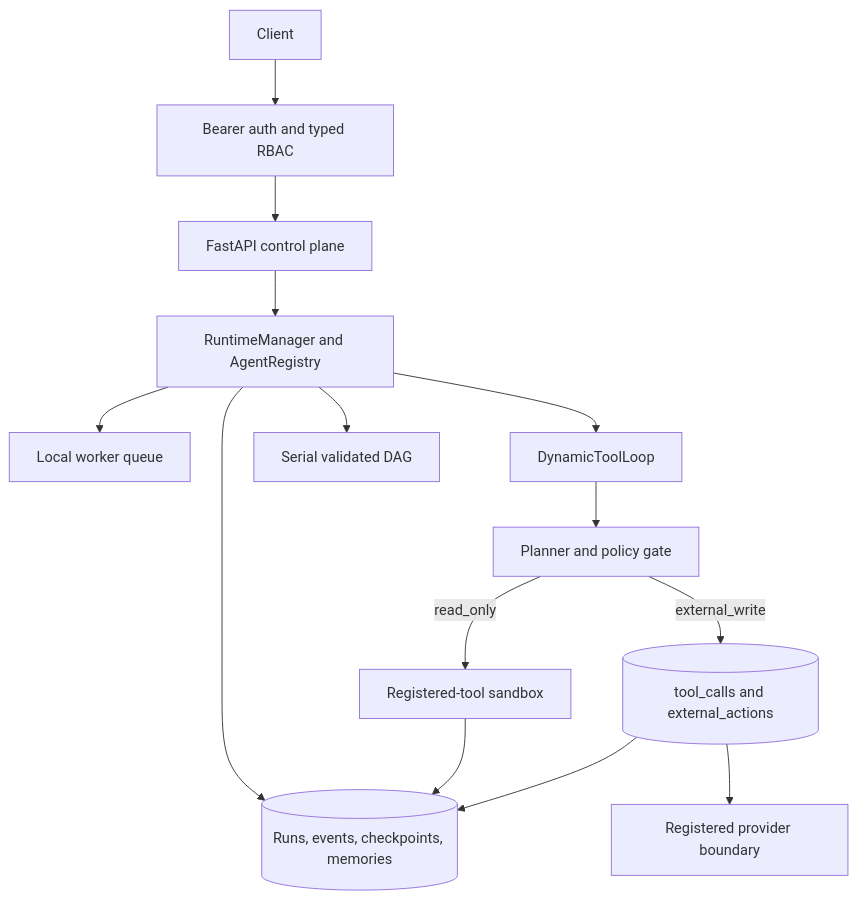
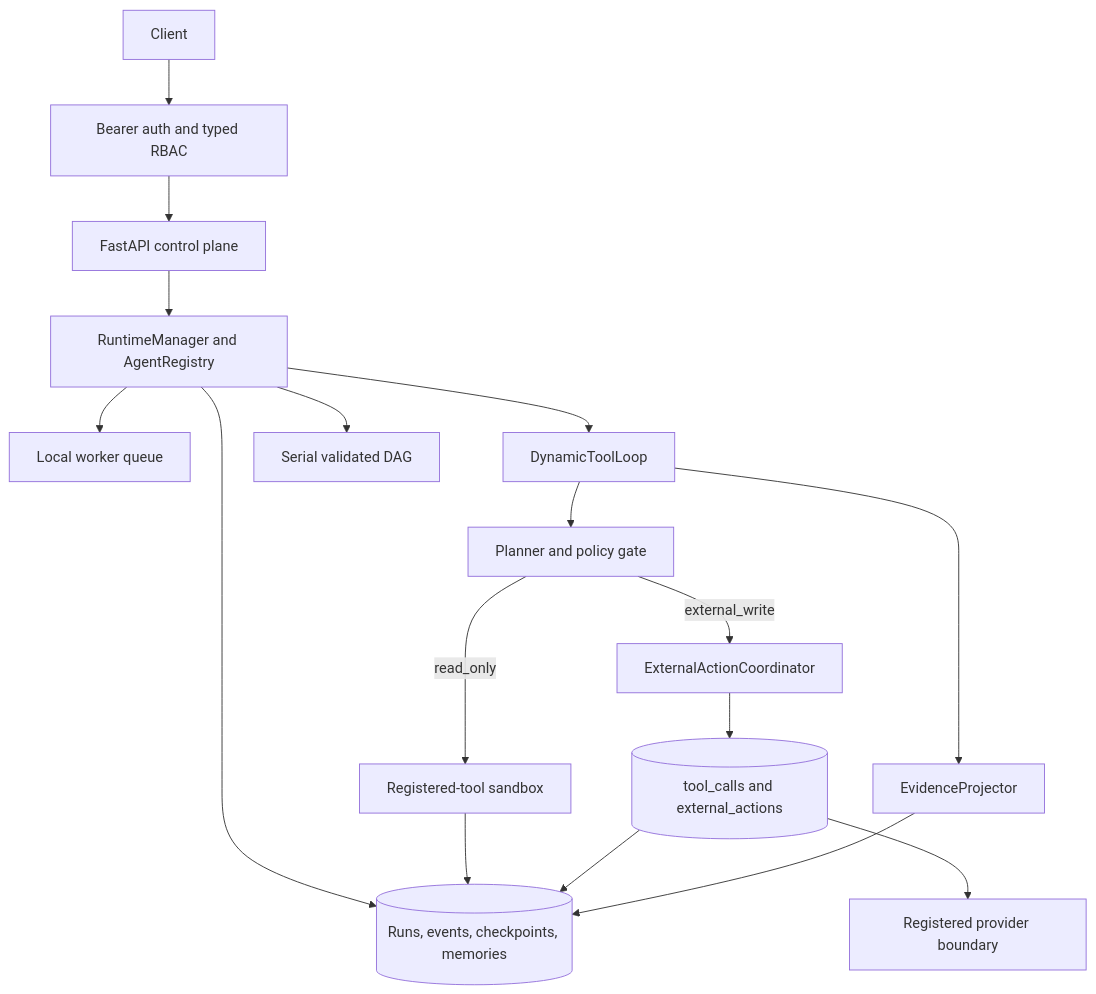
The diagram in docs/cloud-runtime.md (YingzuoLiu/agent-runtime-platform), drawn with Mermaid before and after one commit. The commit also changed other lines of this file and 10 other files, not shown here.

Commit message:
refactor: extract action coordination and evidence projection

````diff
--- a/docs/cloud-runtime.md
+++ b/docs/cloud-runtime.md
@@ -16,16 +16,19 @@
 ```mermaid
 flowchart TB
     C["Client"] --> A["Bearer auth and typed RBAC"]
     A --> API["FastAPI control plane"]
     API --> RM["RuntimeManager and AgentRegistry"]
     RM --> Q["Local worker queue"]
     RM --> RS[("Runs, events, checkpoints, memories")]
     RM --> DL["DynamicToolLoop"]
     RM --> DAG["Serial validated DAG"]
     DL --> P["Planner and policy gate"]
     P -->|read_only| S["Registered-tool sandbox"]
-    P -->|external_write| E[("tool_calls and external_actions")]
+    P -->|external_write| EC["ExternalActionCoordinator"]
+    EC --> E[("tool_calls and external_actions")]
     E --> H["Registered provider boundary"]
+    DL --> EP["EvidenceProjector"]
     S --> RS
     E --> RS
+    EP --> RS
 ```
````
